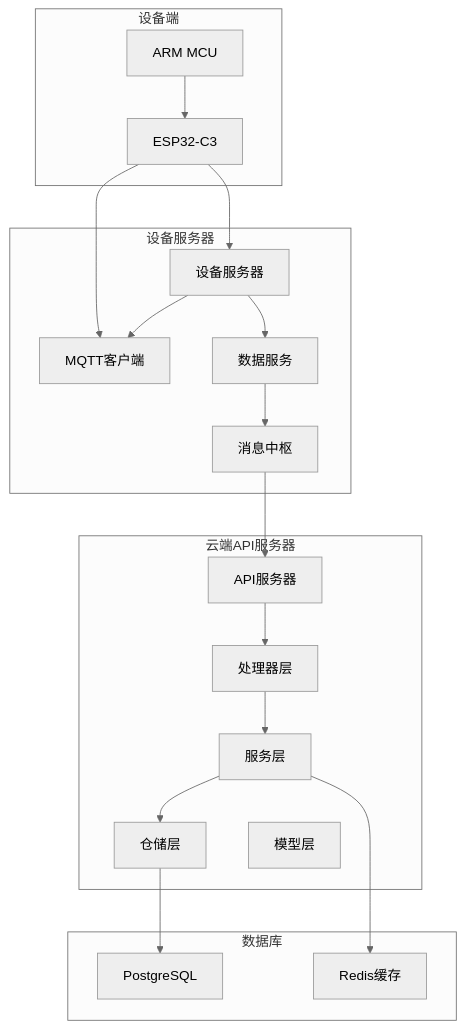
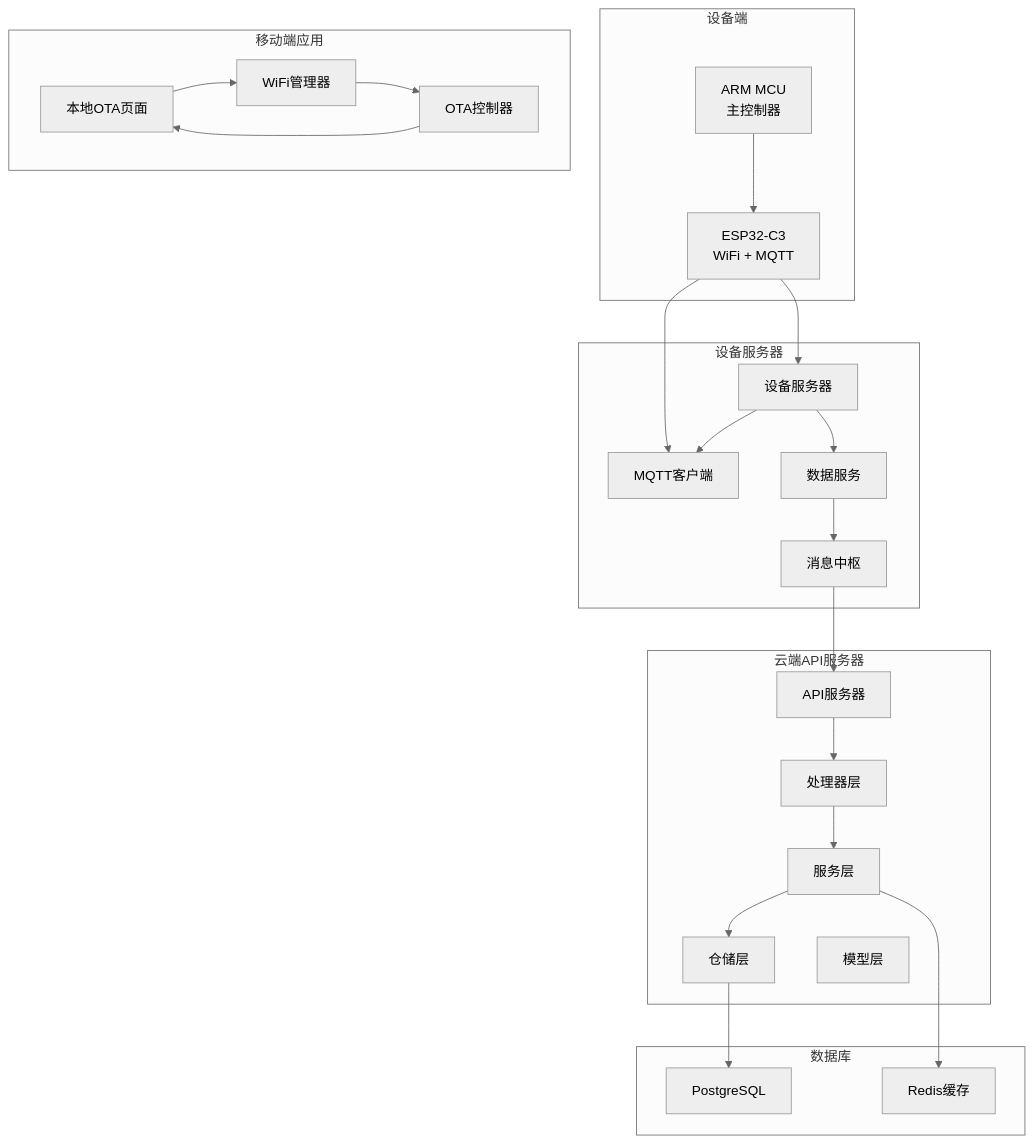
One commit to mcmrzy/cs_inv_monitor-develop changed the first of 14 diagrams in .qoder/repowiki/zh/content/OTA升级系统/OTA升级系统.md. Above: the diagram before and after it, drawn with Mermaid (neutral theme). The commit also changed other lines of this file and 88 other files, not shown here.

````diff
--- a/.qoder/repowiki/zh/content/OTA升级系统/OTA升级系统.md
+++ b/.qoder/repowiki/zh/content/OTA升级系统/OTA升级系统.md
@@ -56,36 +66,44 @@
 ```mermaid
 graph TB
 subgraph "云端API服务器"
 API[API服务器]
 Handler[处理器层]
 Service[服务层]
 Repo[仓储层]
 Model[模型层]
 end
 subgraph "设备服务器"
 DevServer[设备服务器]
 MQTT[MQTT客户端]
 DataService[数据服务]
 Hub[消息中枢]
 end
 subgraph "设备端"
-ESP32[ESP32-C3]
-ARM[ARM MCU]
+ESP32[ESP32-C3<br/>WiFi + MQTT]
+ARM[ARM MCU<br/>主控制器]
+end
+subgraph "移动端应用"
+LocalOTA[本地OTA页面]
+WiFiManager[WiFi管理器]
+OTAController[OTA控制器]
 end
 subgraph "数据库"
 Postgres[PostgreSQL]
 Redis[Redis缓存]
 end
 API --> Handler
 Handler --> Service
 Service --> Repo
 Repo --> Postgres
 Service --> Redis
 DevServer --> MQTT
 DevServer --> DataService
 DataService --> Hub
 Hub --> API
 ESP32 --> MQTT
 ARM --> ESP32
 ESP32 --> DevServer
+LocalOTA --> WiFiManager
+WiFiManager --> OTAController
+OTAController --> LocalOTA
 ```
````
